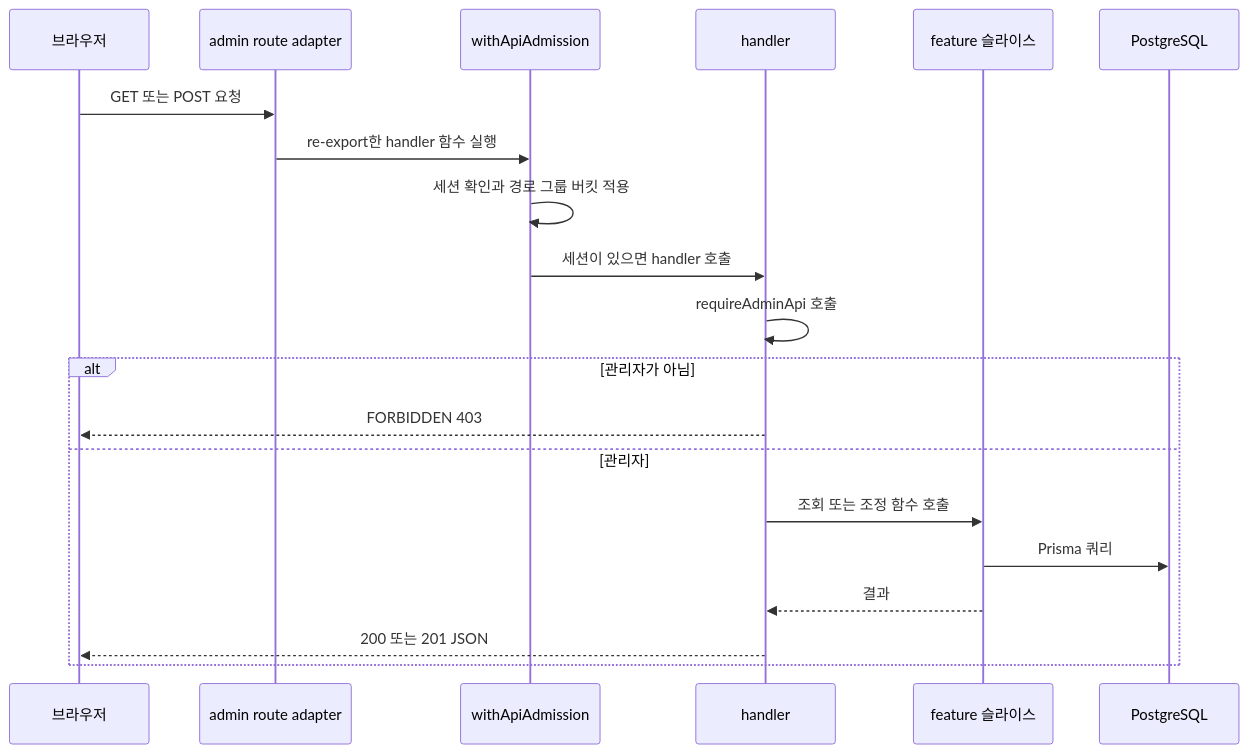
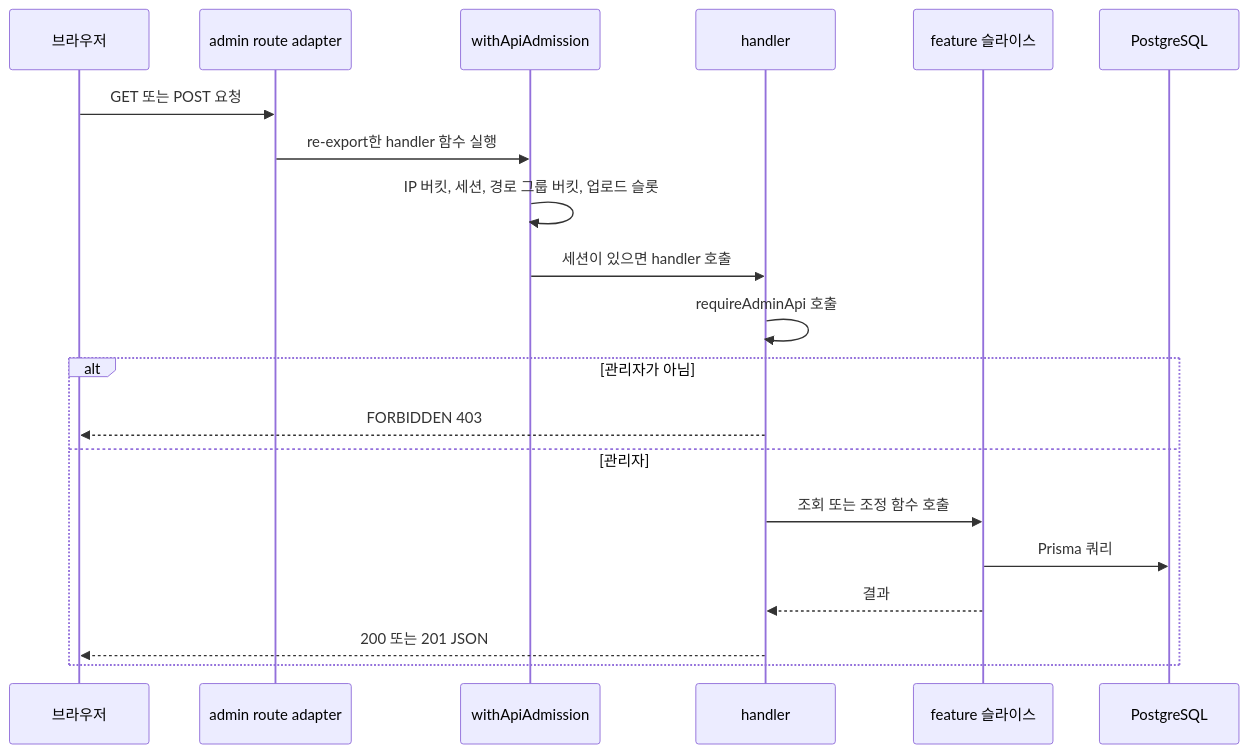
Before and after one commit to leey00nsu/copy-singer: the first of 2 diagrams in openwiki/operations/admin-console.md, drawn with Mermaid. The commit also changed other lines of this file and 55 other files, not shown here.

````diff
--- a/openwiki/operations/admin-console.md
+++ b/openwiki/operations/admin-console.md
@@ -116,22 +162,22 @@
 ```mermaid
 sequenceDiagram
   participant B as 브라우저
   participant R as admin route adapter
   participant W as withApiAdmission
   participant H as handler
   participant F as feature 슬라이스
   participant DB as PostgreSQL
   B->>R: GET 또는 POST 요청
   R->>W: re-export한 handler 함수 실행
-  W->>W: 세션 확인과 경로 그룹 버킷 적용
+  W->>W: IP 버킷, 세션, 경로 그룹 버킷, 업로드 슬롯
   W->>H: 세션이 있으면 handler 호출
   H->>H: requireAdminApi 호출
   alt 관리자가 아님
     H-->>B: FORBIDDEN 403
   else 관리자
     H->>F: 조회 또는 조정 함수 호출
     F->>DB: Prisma 쿼리
     F-->>H: 결과
     H-->>B: 200 또는 201 JSON
   end
 ```
````
